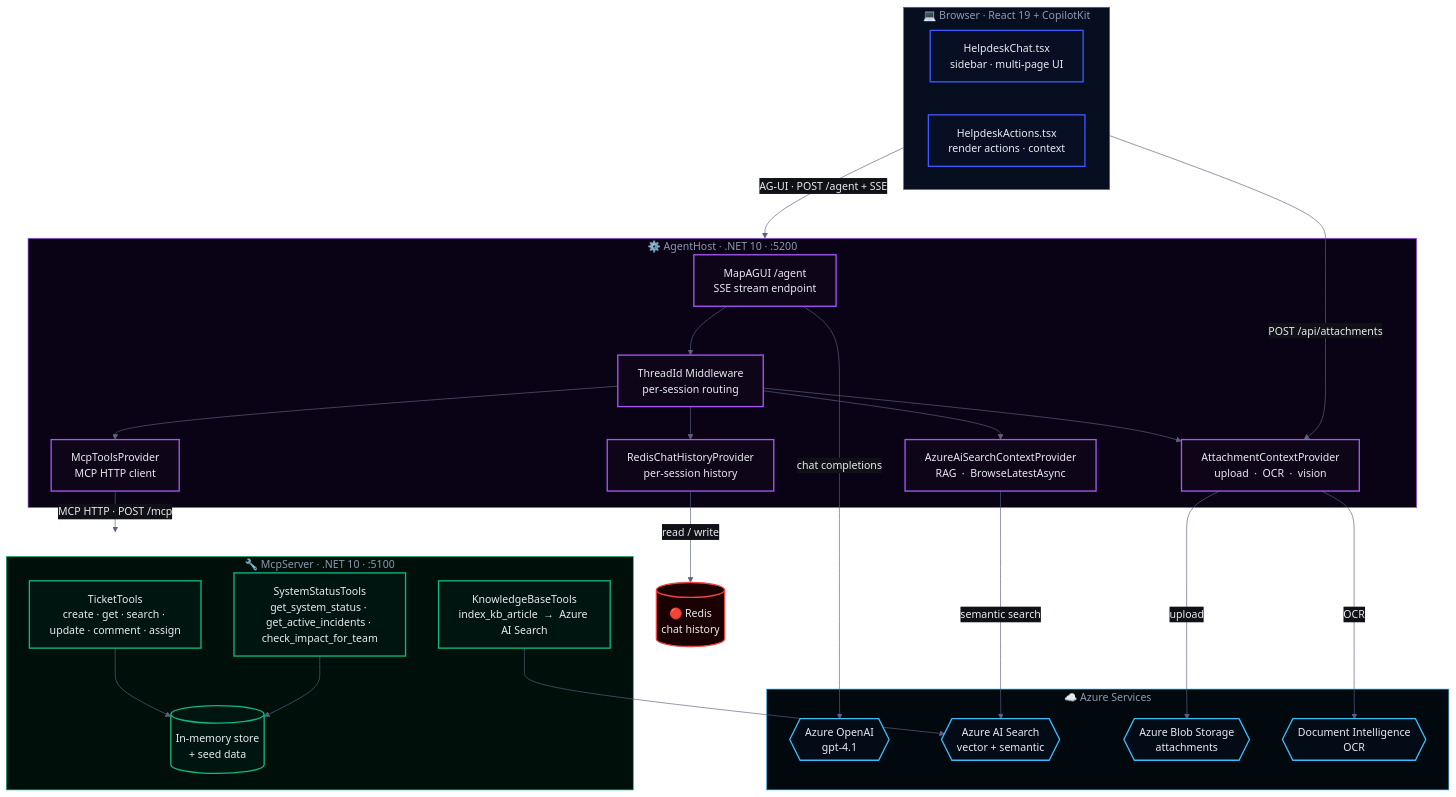
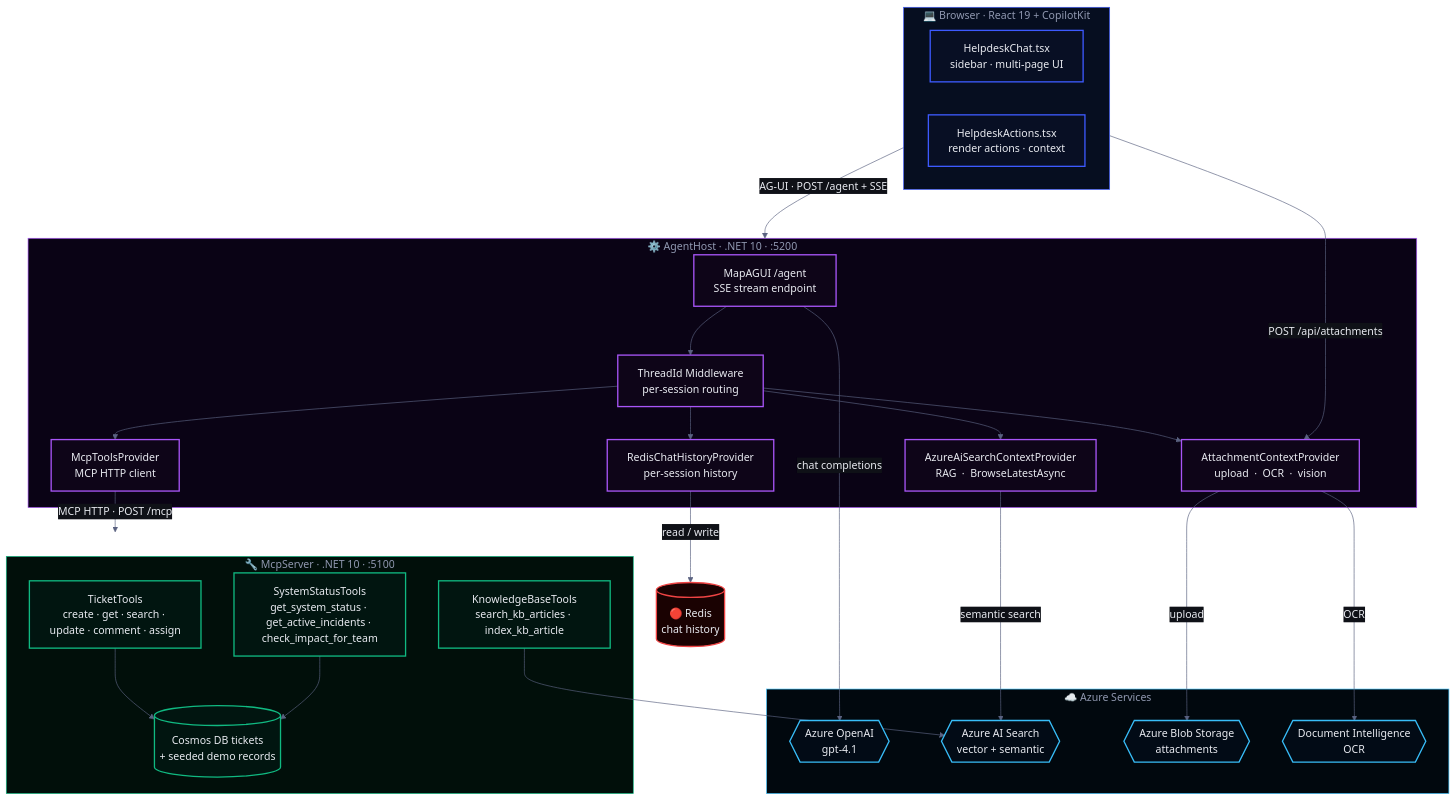
The first of 2 diagrams in README.md (sreyanchoudhury/HelpdeskAI.CSharp), drawn with Mermaid before and after one commit. The commit also changed other lines of this file and 24 other files, not shown here.

````diff
--- a/README.md
+++ b/README.md
@@ -90,64 +91,64 @@
 ```mermaid
 %%{init: {"theme": "base", "themeVariables": {"primaryColor": "#151820", "primaryTextColor": "#e8eaf0", "primaryBorderColor": "#3d5afe", "lineColor": "#5a6280", "secondaryColor": "#0f1117", "tertiaryColor": "#0a0b0f", "clusterBkg": "#0f1117", "titleColor": "#9098b0", "edgeLabelBackground": "#0f1117", "fontFamily": "system-ui, -apple-system, sans-serif"}}}%%
 flowchart TD
     classDef fe     fill:#080f24,stroke:#3d5afe,color:#e8eaf0,stroke-width:2px
     classDef agent  fill:#0e0518,stroke:#a855f7,color:#e8eaf0,stroke-width:2px
     classDef mcp    fill:#011510,stroke:#10b981,color:#e8eaf0,stroke-width:2px
     classDef azure  fill:#020b16,stroke:#38bdf8,color:#e8eaf0,stroke-width:2px
     classDef redis  fill:#1a0202,stroke:#ef4444,color:#e8eaf0,stroke-width:2px
 
     subgraph BROWSER["💻  Browser  ·  React 19 + CopilotKit"]
         FE1["HelpdeskChat.tsx<br/>sidebar · multi-page UI"]:::fe
         FE2["HelpdeskActions.tsx<br/>render actions · context"]:::fe
     end
 
     subgraph AGENTHOST["⚙️  AgentHost  ·  .NET 10  ·  :5200"]
         AH1["MapAGUI /agent<br/>SSE stream endpoint"]:::agent
         AH2["ThreadId Middleware<br/>per-session routing"]:::agent
         AH3["AttachmentContextProvider<br/>upload  ·  OCR  ·  vision"]:::agent
         AH4["AzureAiSearchContextProvider<br/>RAG  ·  BrowseLatestAsync"]:::agent
         AH5["McpToolsProvider<br/>MCP HTTP client"]:::agent
         AH6["RedisChatHistoryProvider<br/>per-session history"]:::agent
     end
 
     subgraph MCPSERVER["🔧  McpServer  ·  .NET 10  ·  :5100"]
         MS1["TicketTools<br/>create · get · search · update · comment · assign"]:::mcp
         MS2["SystemStatusTools<br/>get_system_status · get_active_incidents · check_impact_for_team"]:::mcp
-        MS3[("In-memory store<br/>+ seed data")]:::mcp
-        MS4["KnowledgeBaseTools<br/>index_kb_article  →  Azure AI Search"]:::mcp
+        MS3[("Cosmos DB tickets<br/>+ seeded demo records")]:::mcp
+        MS4["KnowledgeBaseTools<br/>search_kb_articles · index_kb_article"]:::mcp
     end
 
     subgraph AZURE["☁️  Azure Services"]
         AOA{{"Azure OpenAI<br/>gpt-4.1"}}:::azure
         AIS{{"Azure AI Search<br/>vector + semantic"}}:::azure
         ABS{{"Azure Blob Storage<br/>attachments"}}:::azure
         ADI{{"Document Intelligence<br/>OCR"}}:::azure
     end
 
     REDIS[("🔴  Redis<br/>chat history")]:::redis
 
     style BROWSER   fill:#060e20,stroke:#3d5afe,color:#9098b0
     style AGENTHOST fill:#0a0315,stroke:#a855f7,color:#9098b0
     style MCPSERVER fill:#010f0a,stroke:#10b981,color:#9098b0
     style AZURE     fill:#01080e,stroke:#38bdf8,color:#9098b0
 
     BROWSER -- "AG-UI  ·  POST /agent + SSE" --> AGENTHOST
     BROWSER -- "POST /api/attachments" --> AH3
 
     AH1 --> AH2
     AH2 --> AH3
     AH2 --> AH4
     AH2 --> AH5
     AH2 --> AH6
 
     AH5 -- "MCP HTTP  ·  POST /mcp" --> MCPSERVER
     MS1 --> MS3
     MS2 --> MS3
     MS4 --> AIS
 
     AH1 -- "chat completions" --> AOA
     AH4 -- "semantic search"  --> AIS
     AH3 -- "upload"           --> ABS
     AH3 -- "OCR"              --> ADI
     AH6 -- "read / write"     --> REDIS
 ```
````
